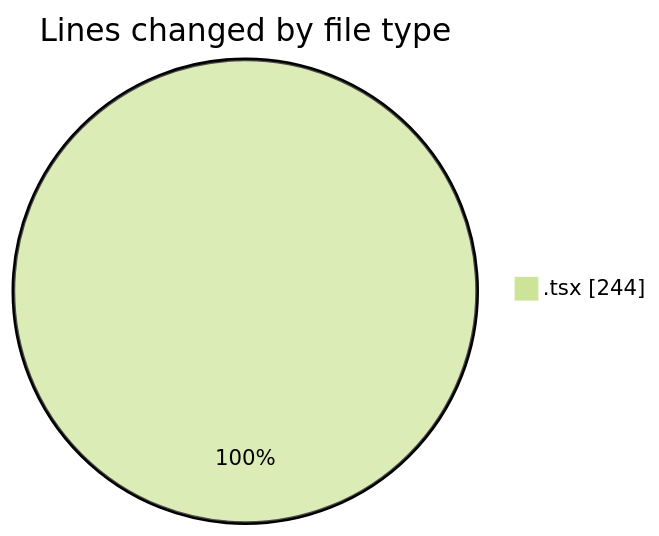
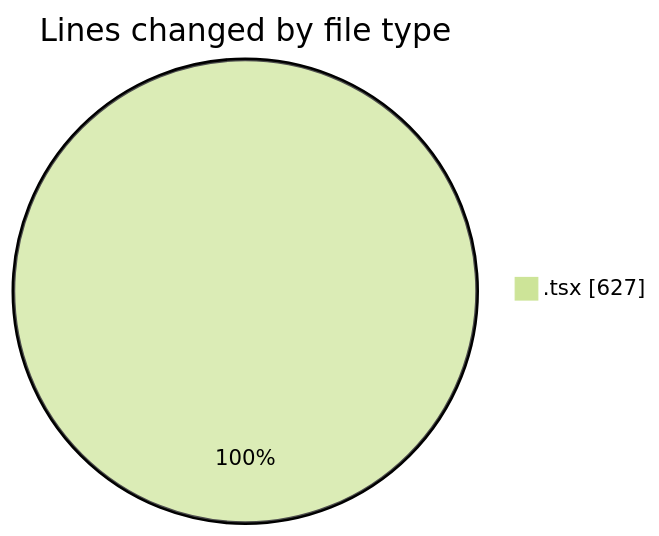
One commit to nxtqubesakshisongat/code-tracking changed the first of 2 diagrams in 2026-04-07/airfeed-analytics-dashboard/README.md. Above: the diagram before and after it, drawn with Mermaid (forest theme). The commit also changed other lines of this file and 1 other file, not shown here.

````diff
--- a/2026-04-07/airfeed-analytics-dashboard/README.md
+++ b/2026-04-07/airfeed-analytics-dashboard/README.md
@@ -24,5 +26,5 @@
 ```mermaid
 pie showData
 title Lines changed by file type
-".tsx" : 244
+".tsx" : 627
 ```
````
